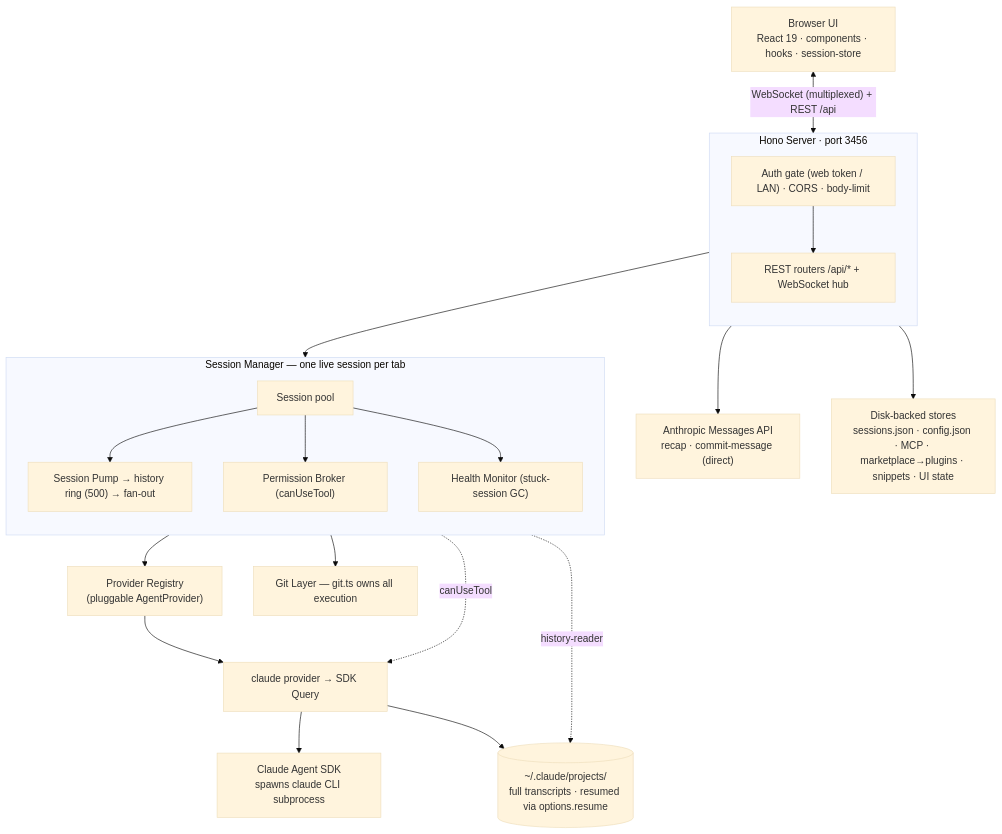
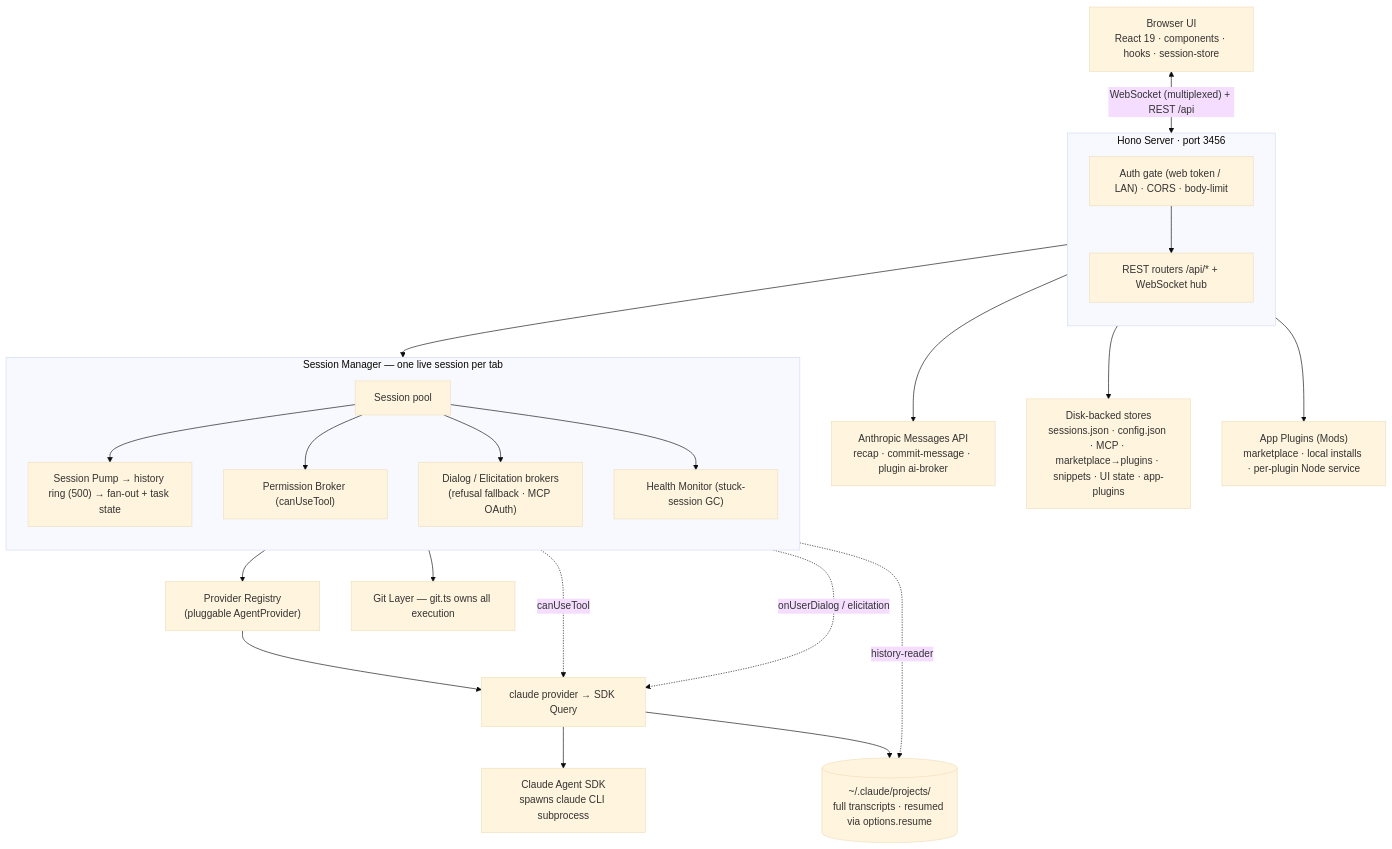
One commit to LoopGe/claude-react-web changed the diagram in README.md. Above: the diagram before and after it, drawn with Mermaid (base theme). The commit also changed other lines of this file, not shown here.

First line of the commit message:
Update README to match current feature set and architecture

````diff
--- a/README.md
+++ b/README.md
@@ -137,38 +149,42 @@
 ```mermaid
 graph TB
   Browser["Browser UI<br/>React 19 · components · hooks · session-store"]
   Browser <-->|"WebSocket (multiplexed) + REST /api"| Routers
 
   subgraph Server["Hono Server · port 3456"]
     direction TB
     Gate["Auth gate (web token / LAN) · CORS · body-limit"]
     Routers["REST routers /api/* + WebSocket hub"]
     Gate --> Routers
   end
 
   subgraph SM["Session Manager — one live session per tab"]
     direction TB
     Pool["Session pool"]
-    Pump["Session Pump → history ring (500) → fan-out"]
+    Pump["Session Pump → history ring (500) → fan-out + task state"]
     Broker["Permission Broker (canUseTool)"]
+    Dialogs["Dialog / Elicitation brokers<br/>(refusal fallback · MCP OAuth)"]
     Health["Health Monitor (stuck-session GC)"]
-    Pool --> Pump & Broker & Health
+    Pool --> Pump & Broker & Dialogs & Health
   end
 
   Reg["Provider Registry<br/>(pluggable AgentProvider)"]
   Claude["claude provider → SDK Query"]
   SDK["Claude Agent SDK<br/>spawns claude CLI subprocess"]
-  Anthro["Anthropic Messages API<br/>recap · commit-message (direct)"]
-  Stores["Disk-backed stores<br/>sessions.json · config.json · MCP · marketplace→plugins · snippets · UI state"]
+  Anthro["Anthropic Messages API<br/>recap · commit-message · plugin ai-broker"]
+  Stores["Disk-backed stores<br/>sessions.json · config.json · MCP · marketplace→plugins · snippets · UI state · app-plugins"]
+  Plugins["App Plugins (Mods)<br/>marketplace · local installs · per-plugin Node service"]
   Git["Git Layer — git.ts owns all execution"]
   Disk[("~/.claude/projects/<br/>full transcripts · resumed via options.resume")]
 
   Routers --> Pool
   Pool --> Reg --> Claude --> SDK
   Broker -.->|canUseTool| Claude
+  Dialogs -.->|onUserDialog / elicitation| Claude
   Routers --> Anthro
   Routers --> Stores
+  Routers --> Plugins
   Pump --> Git
   Claude --> Disk
   Pump -.->|history-reader| Disk
 ```
````
